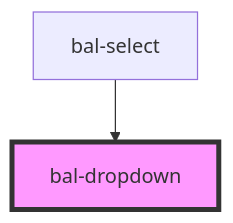
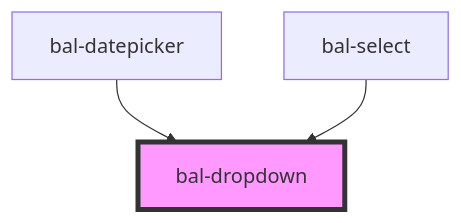
Before and after one commit to baloise/ui-library-next: the diagram in packages/library/src/components/bal-dropdown/readme.md, drawn with Mermaid. The commit also changed other lines of this file and 11 other files, not shown here.

````diff
--- a/packages/library/src/components/bal-dropdown/readme.md
+++ b/packages/library/src/components/bal-dropdown/readme.md
@@ -84,5 +85,6 @@
 ```mermaid
 graph TD;
+  bal-datepicker --> bal-dropdown
   bal-select --> bal-dropdown
   style bal-dropdown fill:#f9f,stroke:#333,stroke-width:4px
 ```
````
